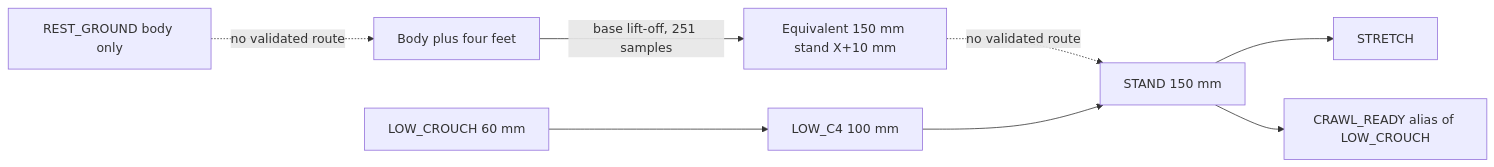
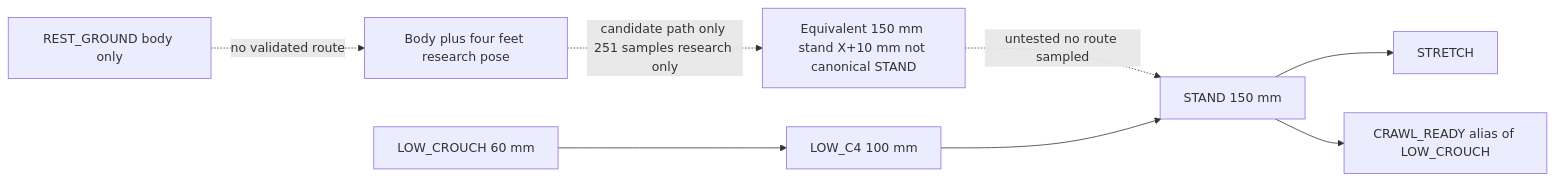
The diagram in 09_Logs/Validation_Reports/G35_Pose_Audit/REPORT.md (MattRobotics/robot-dog), drawn with Mermaid before and after one commit. The commit also changed other lines of this file and 10 other files, not shown here.

````diff
--- a/09_Logs/Validation_Reports/G35_Pose_Audit/REPORT.md
+++ b/09_Logs/Validation_Reports/G35_Pose_Audit/REPORT.md
@@ -300,10 +385,10 @@
 ```mermaid
 flowchart LR
-  R[REST_GROUND body only] -. no validated route .-> BF[Body plus four feet]
-  BF -->|base lift-off, 251 samples| E[Equivalent 150 mm stand X+10 mm]
-  E -. no validated route .-> S
+  R[REST_GROUND body only] -. no validated route .-> BF[Body plus four feet research pose]
+  BF -. candidate path only 251 samples research only .-> E[Equivalent 150 mm stand X+10 mm not canonical STAND]
+  E -. untested no route sampled .-> S
   C[LOW_CROUCH 60 mm] --> C4[LOW_C4 100 mm]
   C4 --> S[STAND 150 mm]
   S --> T[STRETCH]
   S --> CR[CRAWL_READY alias of LOW_CROUCH]
 ```
````
